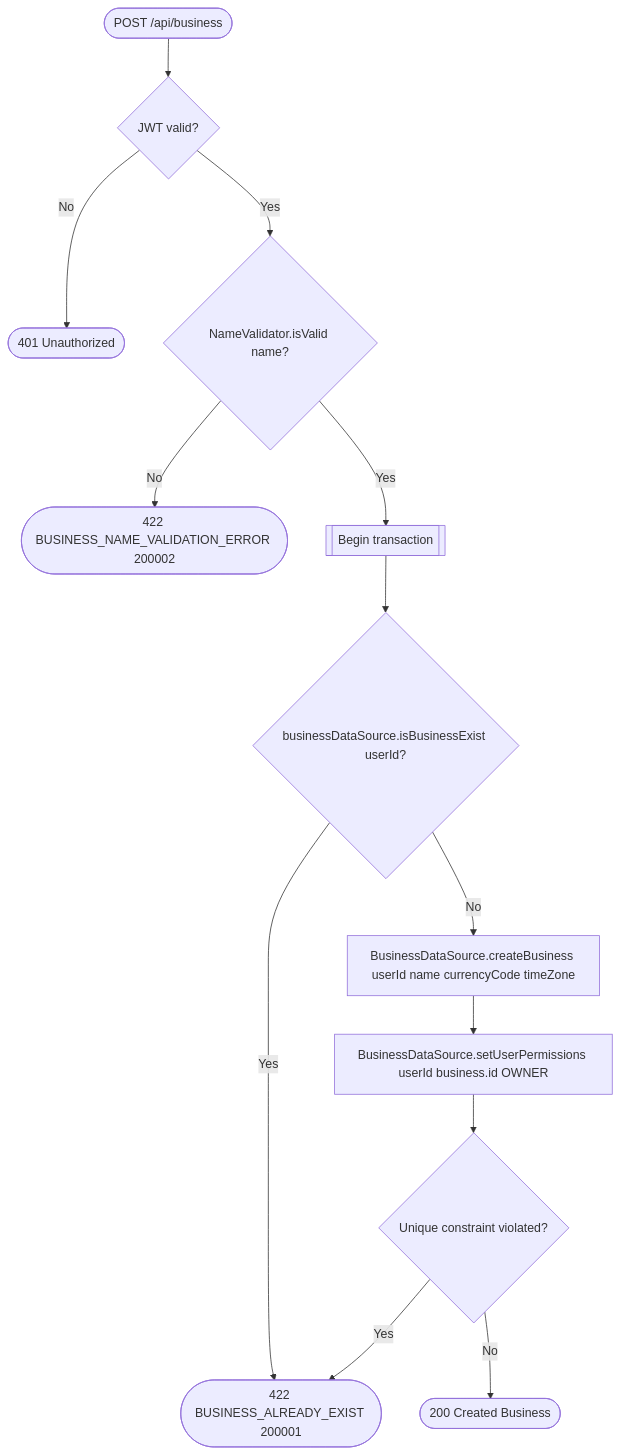
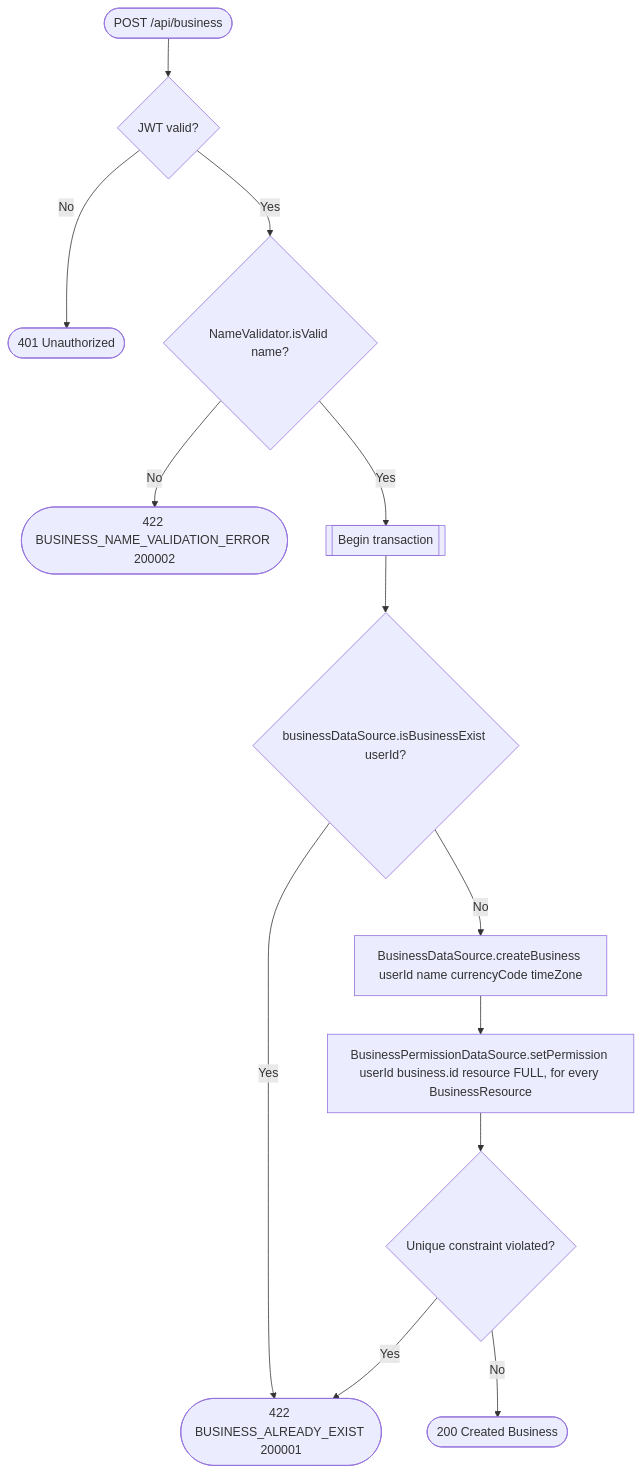
The diagram in docs/operations/business/create-business.md (an22/bookk.me-backend), drawn with Mermaid before and after one commit. The commit also changed 157 other files, not shown here.

````diff
--- a/docs/operations/business/create-business.md
+++ b/docs/operations/business/create-business.md
@@ -9,15 +9,15 @@
 ```mermaid
 flowchart TD
     Start([POST /api/business]) --> Auth{JWT valid?}
     Auth -- No --> R401([401 Unauthorized])
     Auth -- Yes --> NameCheck{NameValidator.isValid name?}
     NameCheck -- No --> R422a([422 BUSINESS_NAME_VALIDATION_ERROR 200002])
     NameCheck -- Yes --> Tx[[Begin transaction]]
     Tx --> Exists{businessDataSource.isBusinessExist userId?}
     Exists -- Yes --> R422b([422 BUSINESS_ALREADY_EXIST 200001])
     Exists -- No --> Create[BusinessDataSource.createBusiness userId name currencyCode timeZone]
-    Create --> SetPerm[BusinessDataSource.setUserPermissions userId business.id OWNER]
+    Create --> SetPerm[BusinessPermissionDataSource.setPermission userId business.id resource FULL, for every BusinessResource]
     SetPerm --> Constraint{Unique constraint violated?}
     Constraint -- Yes --> R422b
     Constraint -- No --> R200([200 Created Business])
 ```
````
